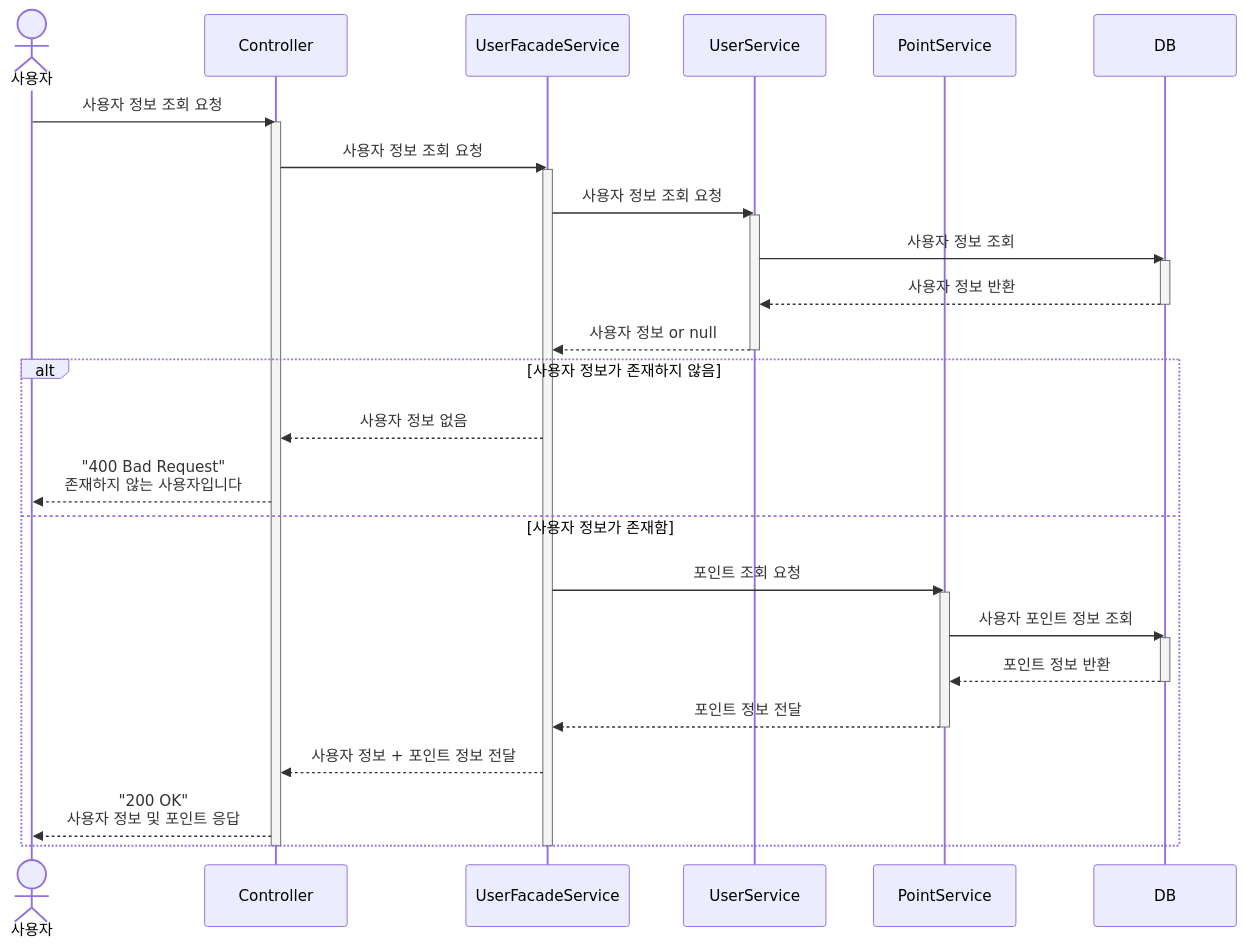
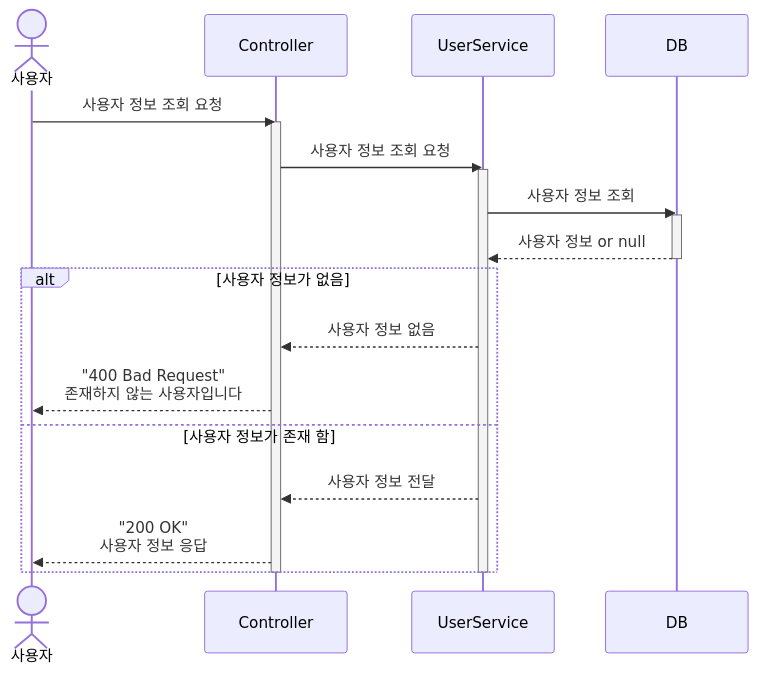
One commit to maengjjin/hhplus-service changed the first of 8 diagrams in docs/SequenceDiagram.md. Above: the diagram before and after it, drawn with Mermaid. The commit also changed other lines of this file and 1 other file, not shown here.

Commit message:
- 다이어그램 수정

````diff
--- a/docs/SequenceDiagram.md
+++ b/docs/SequenceDiagram.md
@@ -4,47 +4,31 @@
 ```mermaid
 sequenceDiagram
     actor User as 사용자
     participant Controller
-    participant UserFacadeService
     participant UserService
-    participant PointService
     participant DB
 
     User ->> Controller: 사용자 정보 조회 요청
     activate Controller
 
-    Controller ->> UserFacadeService: 사용자 정보 조회 요청
-    activate UserFacadeService
-
-    UserFacadeService ->> UserService: 사용자 정보 조회 요청
+    Controller ->> UserService: 사용자 정보 조회 요청
     activate UserService
 
     UserService ->> DB: 사용자 정보 조회
     activate DB
-    DB -->> UserService: 사용자 정보 반환
+
+    DB -->> UserService: 사용자 정보 or null
     deactivate DB
-    UserService -->> UserFacadeService: 사용자 정보 or null
-    deactivate UserService
 
-    alt 사용자 정보가 존재하지 않음
-        UserFacadeService -->> Controller: 사용자 정보 없음
+
+    alt 사용자 정보가 없음
+        UserService -->> Controller: 사용자 정보 없음
         Controller -->> User: "400 Bad Request"<br>존재하지 않는 사용자입니다
-    else 사용자 정보가 존재함
-        UserFacadeService ->> PointService: 포인트 조회 요청
-        activate PointService
-
-        PointService ->> DB: 사용자 포인트 정보 조회
-        activate DB
-        DB -->> PointService: 포인트 정보 반환
-        deactivate DB
-
-        PointService -->> UserFacadeService: 포인트 정보 전달
-        deactivate PointService
-
-        UserFacadeService -->> Controller: 사용자 정보 + 포인트 정보 전달
-        Controller -->> User: "200 OK"<br>사용자 정보 및 포인트 응답
+    else 사용자 정보가 존재 함
+        UserService -->> Controller: 사용자 정보 전달
+        Controller -->> User: "200 OK"<br>사용자 정보 응답
     end
 
-    deactivate UserFacadeService
+    deactivate UserService
     deactivate Controller
 ```
````
